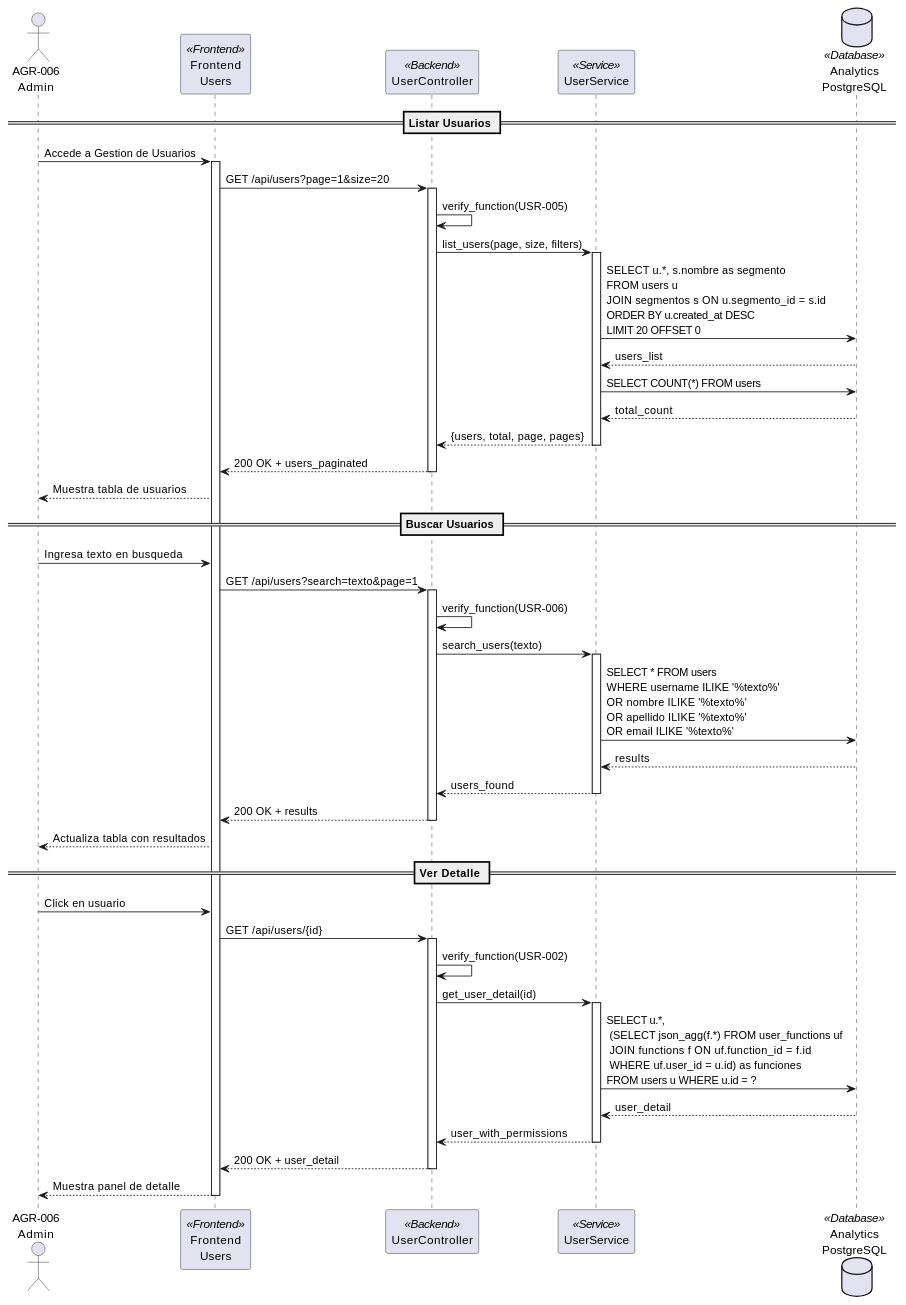
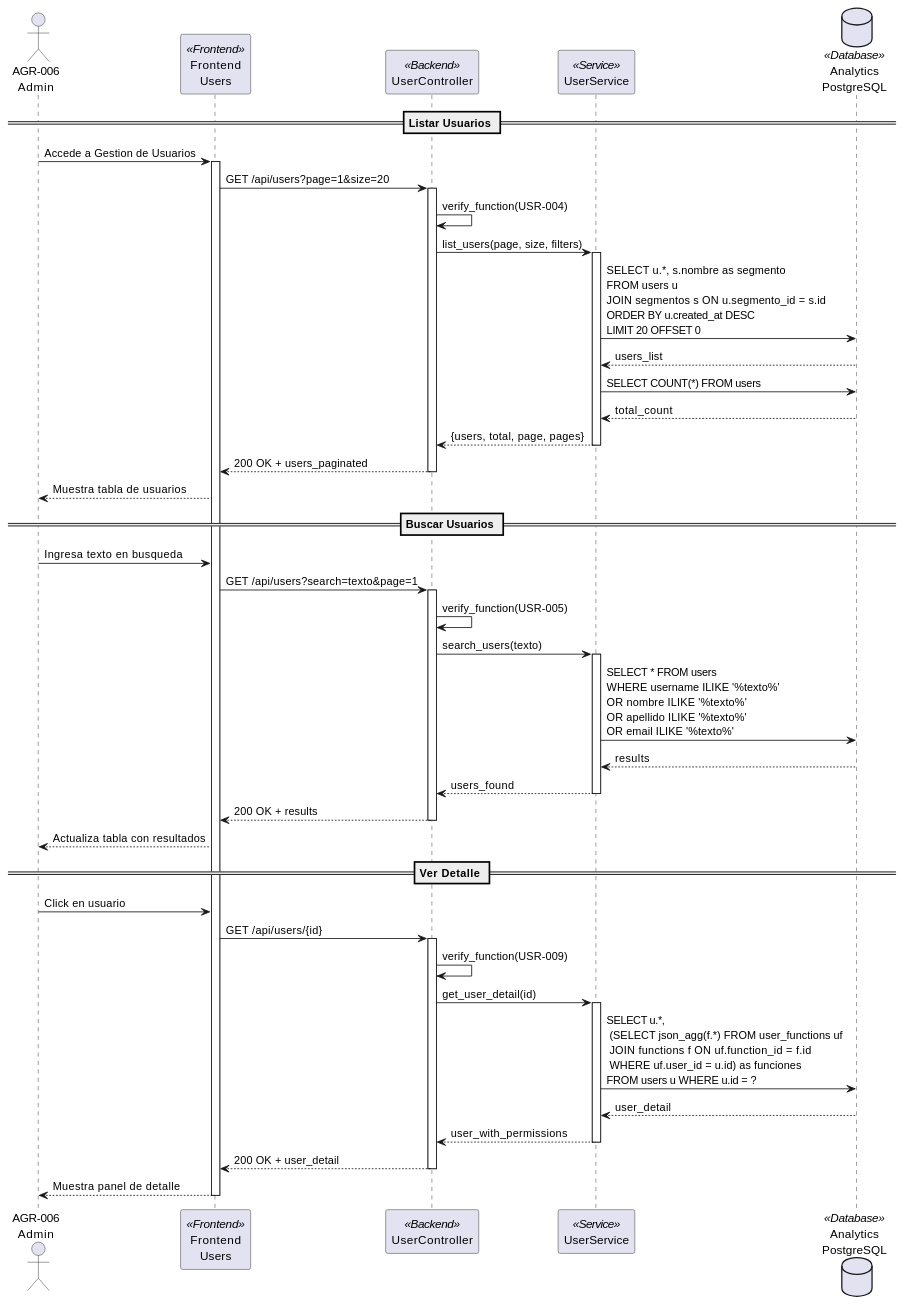
One commit to jcg-admin/IACT-docs changed the second of 3 diagrams in source/requisitos/casos-uso/users/uc-usr-02-consultar-usuarios.rst. Above: the diagram before and after it, drawn with PlantUML. The commit also changed other lines of this file and 8 other files, not shown here.

```diff
--- a/source/requisitos/casos-uso/users/uc-usr-02-consultar-usuarios.rst
+++ b/source/requisitos/casos-uso/users/uc-usr-02-consultar-usuarios.rst
@@ -183,7 +183,7 @@
  FE -> UC: GET /api/users?page=1&size=20
  activate UC
 
- UC -> UC: verify_function(USR-005)
+ UC -> UC: verify_function(USR-004)
 
  UC -> US: list_users(page, size, filters)
  activate US
@@ -208,7 +208,7 @@
  FE -> UC: GET /api/users?search=texto&page=1
  activate UC
 
- UC -> UC: verify_function(USR-006)
+ UC -> UC: verify_function(USR-005)
 
  UC -> US: search_users(texto)
  activate US
@@ -230,7 +230,7 @@
  FE -> UC: GET /api/users/{id}
  activate UC
 
- UC -> UC: verify_function(USR-002)
+ UC -> UC: verify_function(USR-009)
 
  UC -> US: get_user_detail(id)
  activate US
```
